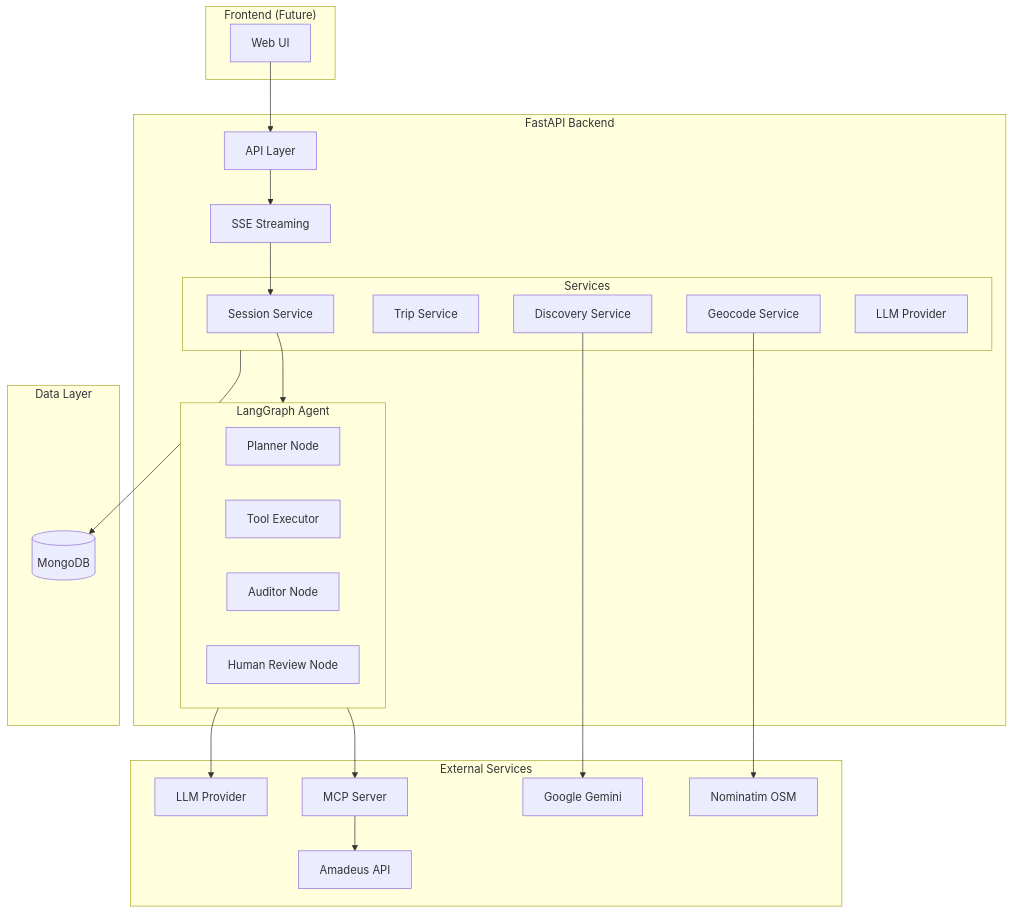
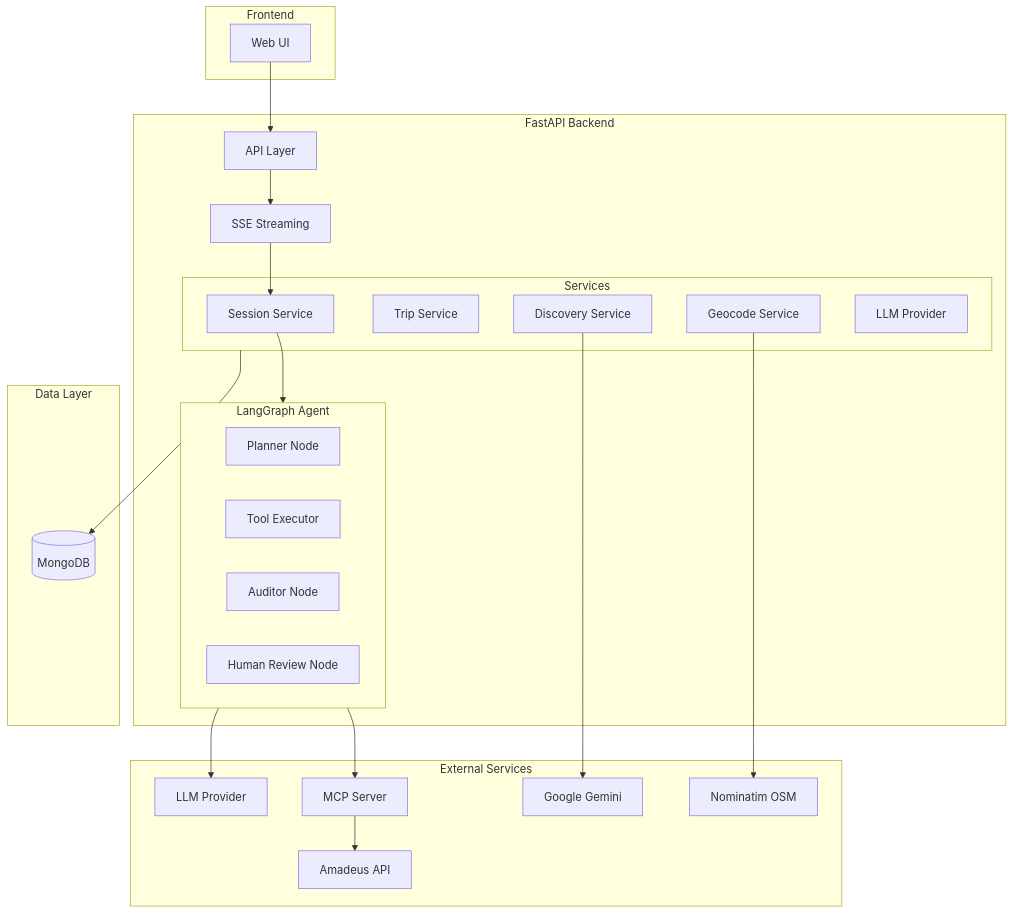
Before and after one commit to aryamaansaha/coastline: the first of 3 diagrams in backend/docs/ARCHITECTURE.md, drawn with Mermaid.

Commit message:
docs: update frontend subgraph label in architecture documentation

````diff
--- a/backend/docs/ARCHITECTURE.md
+++ b/backend/docs/ARCHITECTURE.md
@@ -9,49 +9,49 @@
 ```mermaid
 flowchart TB
-    subgraph Client["Frontend (Future)"]
+    subgraph Client["Frontend"]
         UI[Web UI]
     end
 
     subgraph Backend["FastAPI Backend"]
         API[API Layer]
         SSE[SSE Streaming]
         
         subgraph Services
             SessionSvc[Session Service]
             TripSvc[Trip Service]
             DiscoverySvc[Discovery Service]
             GeoSvc[Geocode Service]
             LLMSvc[LLM Provider]
         end
         
         subgraph Agent["LangGraph Agent"]
             Planner[Planner Node]
             Tools[Tool Executor]
             Auditor[Auditor Node]
             Review[Human Review Node]
         end
     end
 
     subgraph External["External Services"]
         MCP[MCP Server]
         Amadeus[Amadeus API]
         Nominatim[Nominatim OSM]
         Gemini[Google Gemini]
         LLM[LLM Provider]
     end
 
     subgraph Storage["Data Layer"]
         MongoDB[(MongoDB)]
     end
 
     UI --> API
     API --> SSE
     SSE --> SessionSvc
     SessionSvc --> Agent
     Agent --> MCP
     MCP --> Amadeus
     Agent --> LLM
     GeoSvc --> Nominatim
     DiscoverySvc --> Gemini
     Services --> MongoDB
 ```
````
